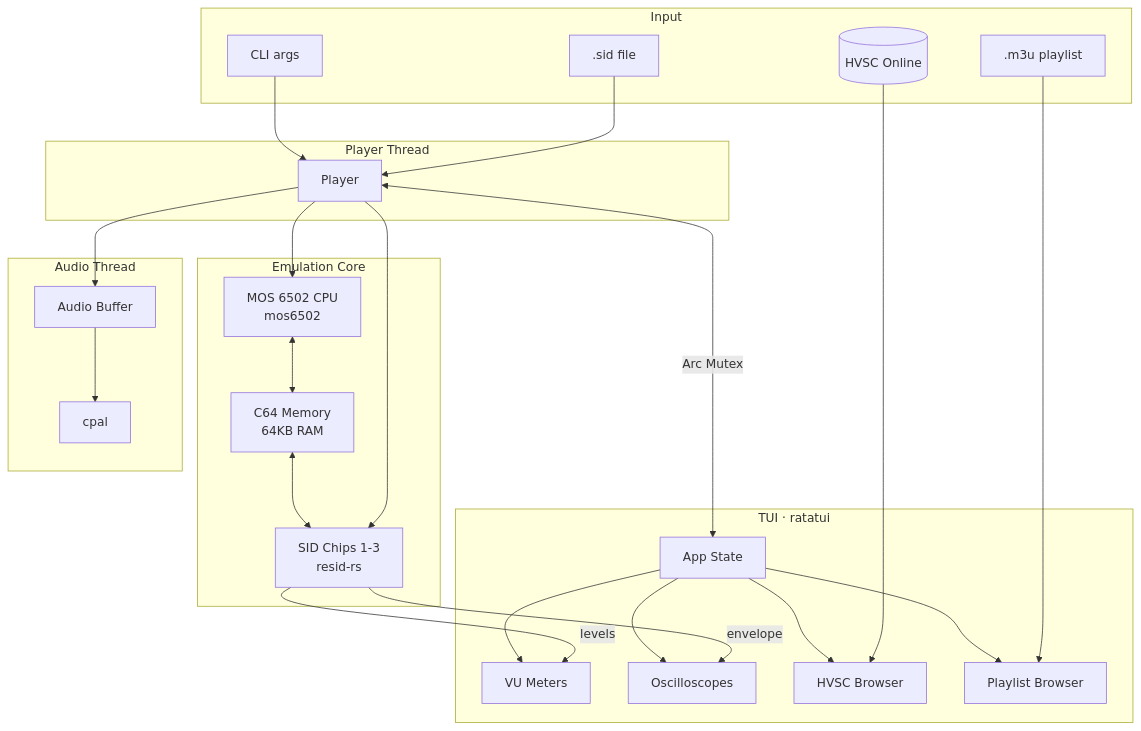
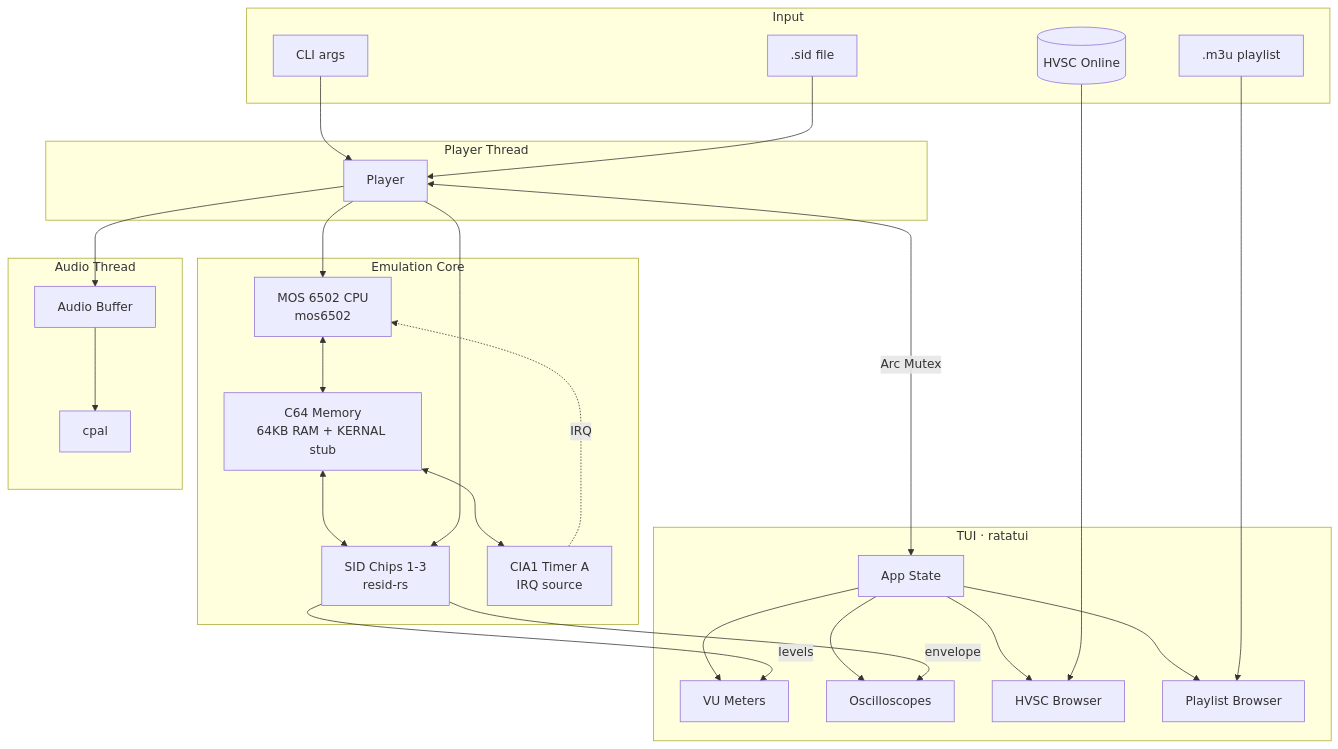
One commit to mlund/crabsid changed the diagram in README.md. Above: the diagram before and after it, drawn with Mermaid. The commit also changed other lines of this file and 7 other files, not shown here.

````diff
--- a/README.md
+++ b/README.md
@@ -109,51 +110,54 @@
 ```mermaid
 flowchart TB
     subgraph Input
         CLI[CLI args]
         SID[.sid file]
         M3U[.m3u playlist]
         HVSC[(HVSC Online)]
     end
 
     subgraph Core["Emulation Core"]
         CPU[MOS 6502 CPU<br/>mos6502]
-        MEM[C64 Memory<br/>64KB RAM]
+        MEM[C64 Memory<br/>64KB RAM + KERNAL stub]
         SIDCHIP[SID Chips 1-3<br/>resid-rs]
+        CIA[CIA1 Timer A<br/>IRQ source]
         CPU <--> MEM
         MEM <--> SIDCHIP
+        MEM <--> CIA
+        CIA -.IRQ.-> CPU
     end
 
     subgraph Player["Player Thread"]
         PLAYER[Player]
         PLAYER --> CPU
         PLAYER --> SIDCHIP
     end
 
     subgraph Audio["Audio Thread"]
         AUDIO[cpal]
         BUFFER[Audio Buffer]
     end
 
     subgraph UI["TUI · ratatui"]
         APP[App State]
         VU[VU Meters]
         SCOPE[Oscilloscopes]
         BROWSER[HVSC Browser]
         PLAYLIST[Playlist Browser]
         APP --> VU
         APP --> SCOPE
         APP --> BROWSER
         APP --> PLAYLIST
     end
 
     CLI --> PLAYER
     SID --> PLAYER
     M3U --> PLAYLIST
     HVSC --> BROWSER
 
     PLAYER <-->|Arc Mutex| APP
     PLAYER --> BUFFER
     BUFFER --> AUDIO
     SIDCHIP -->|envelope| SCOPE
     SIDCHIP -->|levels| VU
 ```
````
